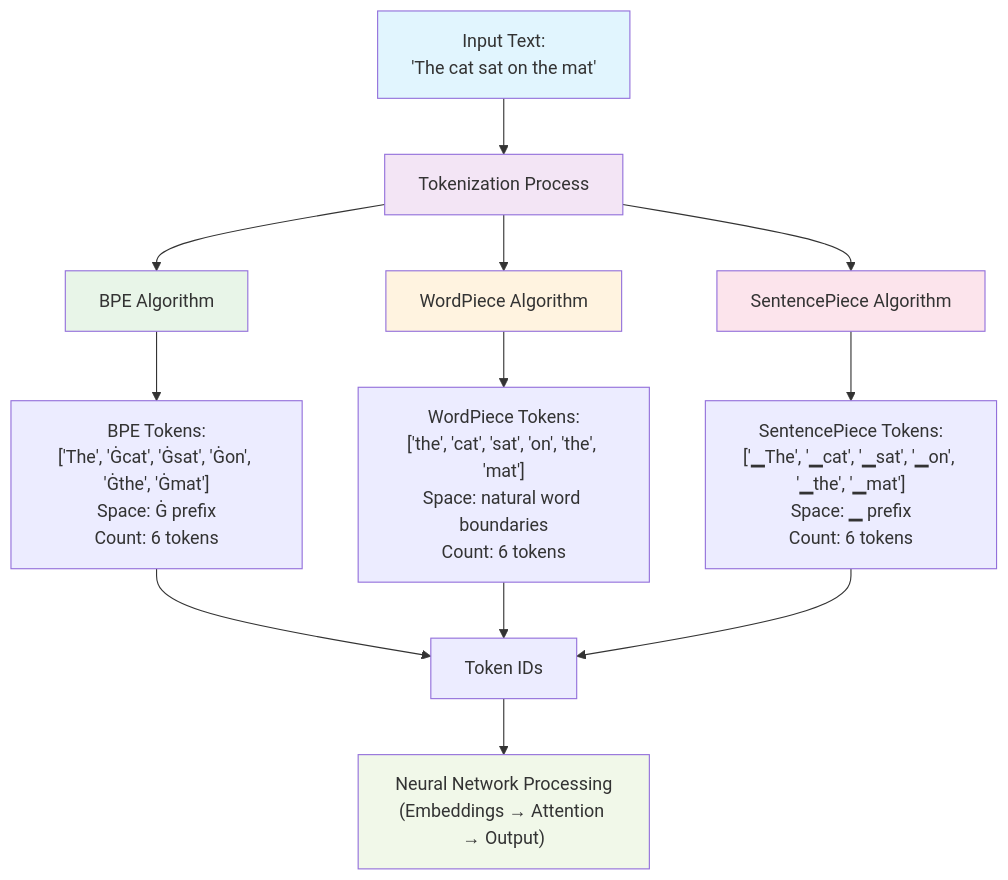
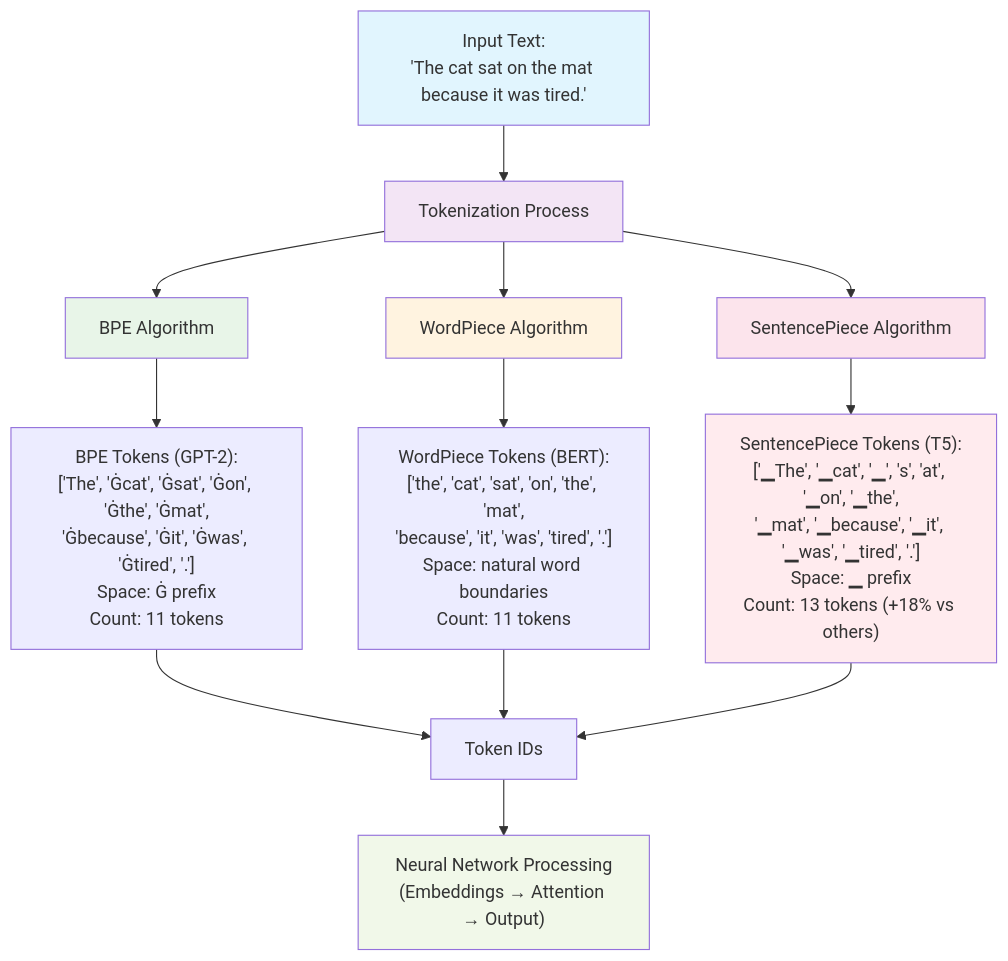
One commit to henishshah18/Public_Thought_LLM_Tokenization changed the diagram in my_post.md. Above: the diagram before and after it, drawn with Mermaid. The commit also changed 1 other file, not shown here.

Commit message:
Changes to the diagram

````diff
--- a/my_post.md
+++ b/my_post.md
@@ -36,27 +36,28 @@
 ```mermaid
 graph TD
-    A["Input Text:<br/>'The cat sat on the mat'"] --> B[Tokenization Process]
+    A["Input Text:<br/>'The cat sat on the mat because it was tired.'"] --> B[Tokenization Process]
     
     B --> C[BPE Algorithm]
     B --> D[WordPiece Algorithm] 
     B --> E[SentencePiece Algorithm]
     
-    C --> F["BPE Tokens:<br/>['The', 'Ġcat', 'Ġsat', 'Ġon', 'Ġthe', 'Ġmat']<br/>Space: Ġ prefix<br/>Count: 6 tokens"]
+    C --> F["BPE Tokens (GPT-2):<br/>['The', 'Ġcat', 'Ġsat', 'Ġon', 'Ġthe', 'Ġmat',<br/>'Ġbecause', 'Ġit', 'Ġwas', 'Ġtired', '.']<br/>Space: Ġ prefix<br/>Count: 11 tokens"]
     
-    D --> G["WordPiece Tokens:<br/>['the', 'cat', 'sat', 'on', 'the', 'mat']<br/>Space: natural word boundaries<br/>Count: 6 tokens"]
+    D --> G["WordPiece Tokens (BERT):<br/>['the', 'cat', 'sat', 'on', 'the', 'mat',<br/>'because', 'it', 'was', 'tired', '.']<br/>Space: natural word boundaries<br/>Count: 11 tokens"]
     
-    E --> H["SentencePiece Tokens:<br/>['▁The', '▁cat', '▁sat', '▁on', '▁the', '▁mat']<br/>Space: ▁ prefix<br/>Count: 6 tokens"]
+    E --> H["SentencePiece Tokens (T5):<br/>['▁The', '▁cat', '▁', 's', 'at', '▁on', '▁the',<br/>'▁mat', '▁because', '▁it', '▁was', '▁tired', '.']<br/>Space: ▁ prefix<br/>Count: 13 tokens (+18% vs others)"]
     
     F --> I[Token IDs]
     G --> I
     H --> I
     
     I --> J["Neural Network Processing<br/>(Embeddings → Attention → Output)"]
     
     style A fill:#e1f5fe
     style B fill:#f3e5f5
     style C fill:#e8f5e8
     style D fill:#fff3e0
     style E fill:#fce4ec
+    style H fill:#ffebee
     style J fill:#f1f8e9
 ```
````
